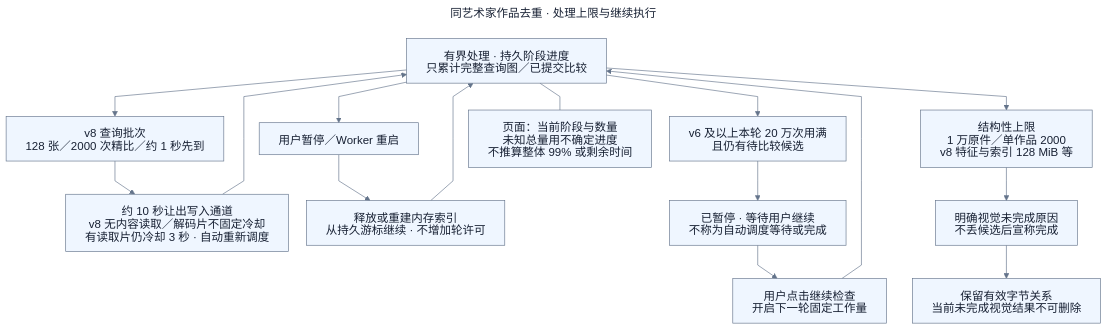
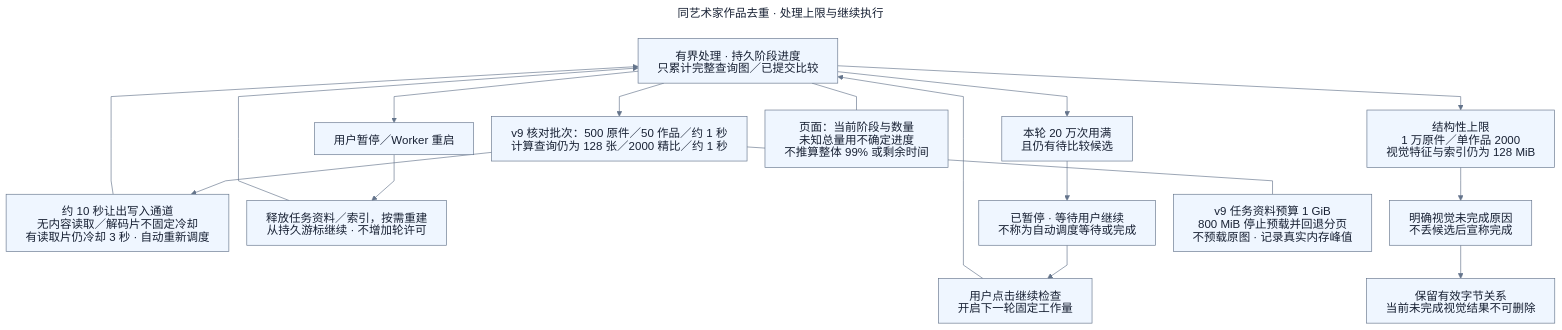
One commit to namehu/PixiShelf changed the diagram in docs/diagrams/features/artwork-deduplication/processing-limits.mmd. Above: the diagram before and after it, drawn with Mermaid. The commit also changed 92 other files, not shown here.

```diff
--- a/docs/diagrams/features/artwork-deduplication/processing-limits.mmd
+++ b/docs/diagrams/features/artwork-deduplication/processing-limits.mmd
@@ -1,40 +1,42 @@
 ---
 config:
   theme: base
   htmlLabels: false
   themeVariables:
     fontFamily: 'Arial, PingFang SC, Microsoft YaHei, sans-serif'
     fontSize: 18px
     background: '#ffffff'
     primaryColor: '#eff6ff'
     primaryTextColor: '#172033'
     primaryBorderColor: '#64748b'
     lineColor: '#64748b'
     secondaryColor: '#f0fdf4'
     tertiaryColor: '#fff7ed'
   flowchart:
     htmlLabels: false
     curve: linear
     nodeSpacing: 28
     rankSpacing: 42
     wrappingWidth: 340
 title: 同艺术家作品去重 · 处理上限与继续执行
 ---
 flowchart TB
   P01[有界处理 · 持久阶段进度<br/>只累计完整查询图／已提交比较]
-  P02[v8 查询批次<br/>128 张／2000 次精比／约 1 秒先到]
-  P03[约 10 秒让出写入通道<br/>v8 无内容读取／解码片不固定冷却<br/>有读取片仍冷却 3 秒 · 自动重新调度]
+  P02[v9 核对批次：500 原件／50 作品／约 1 秒<br/>计算查询仍为 128 张／2000 精比／约 1 秒]
+  P03[约 10 秒让出写入通道<br/>无内容读取／解码片不固定冷却<br/>有读取片仍冷却 3 秒 · 自动重新调度]
   P04[用户暂停／Worker 重启]
-  P05[释放或重建内存索引<br/>从持久游标继续 · 不增加轮许可]
-  P06[v6 及以上本轮 20 万次用满<br/>且仍有待比较候选]
+  P05[释放任务资料／索引，按需重建<br/>从持久游标继续 · 不增加轮许可]
+  P06[本轮 20 万次用满<br/>且仍有待比较候选]
   P07[已暂停 · 等待用户继续<br/>不称为自动调度等待或完成]
   P08[用户点击继续检查<br/>开启下一轮固定工作量]
-  P09[结构性上限<br/>1 万原件／单作品 2000<br/>v8 特征与索引 128 MiB 等]
+  P09[结构性上限<br/>1 万原件／单作品 2000<br/>视觉特征与索引仍为 128 MiB]
   P10[明确视觉未完成原因<br/>不丢候选后宣称完成]
   P11[保留有效字节关系<br/>当前未完成视觉结果不可删除]
   P01 --> P02 --> P03 --> P01
   P01 --> P04 --> P05 --> P01
   P01 --> P06 --> P07 --> P08 --> P01
   P01 --> P09 --> P10 --> P11
   P12[页面：当前阶段与数量<br/>未知总量用不确定进度<br/>不推算整体 99% 或剩余时间]
   P01 --- P12
+  P13[v9 任务资料预算 1 GiB<br/>800 MiB 停止预载并回退分页<br/>不预载原图 · 记录真实内存峰值]
+  P02 --- P13
```
